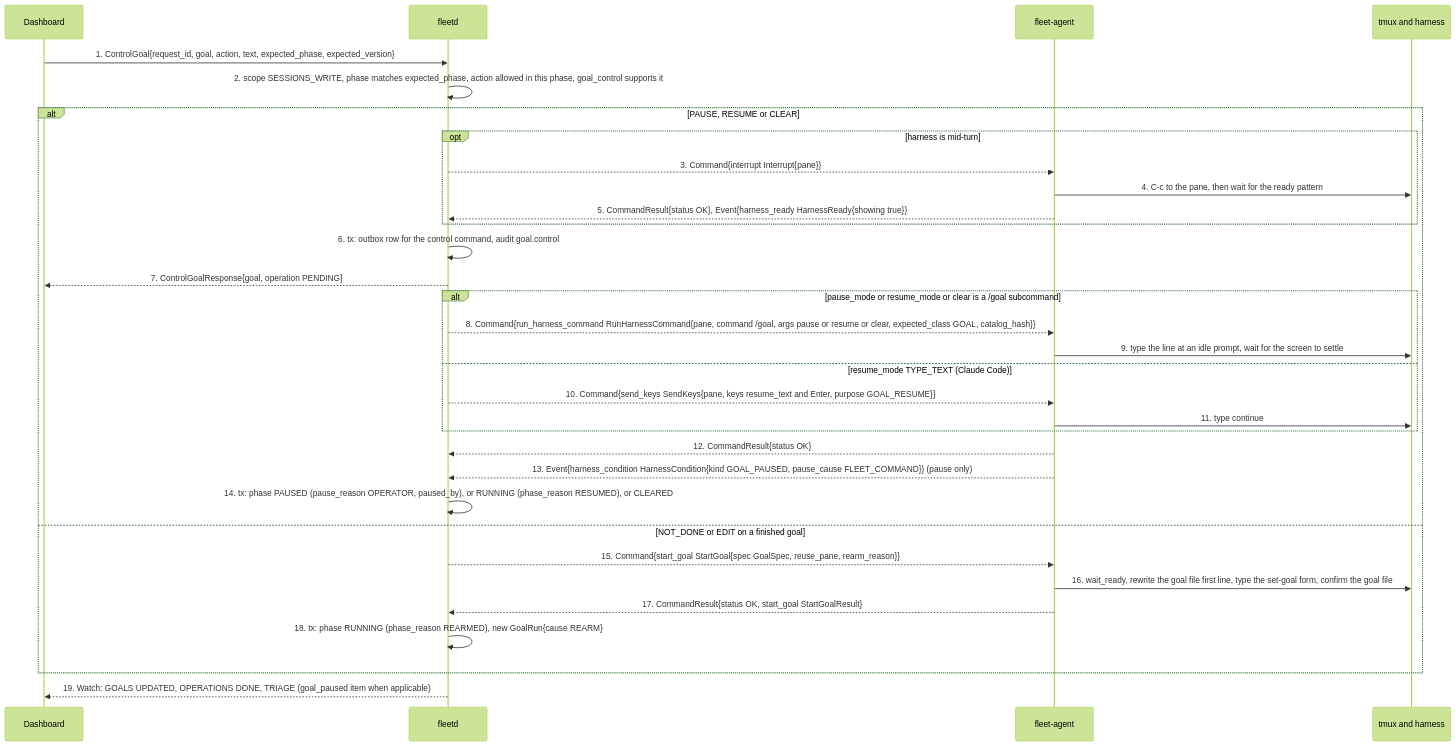
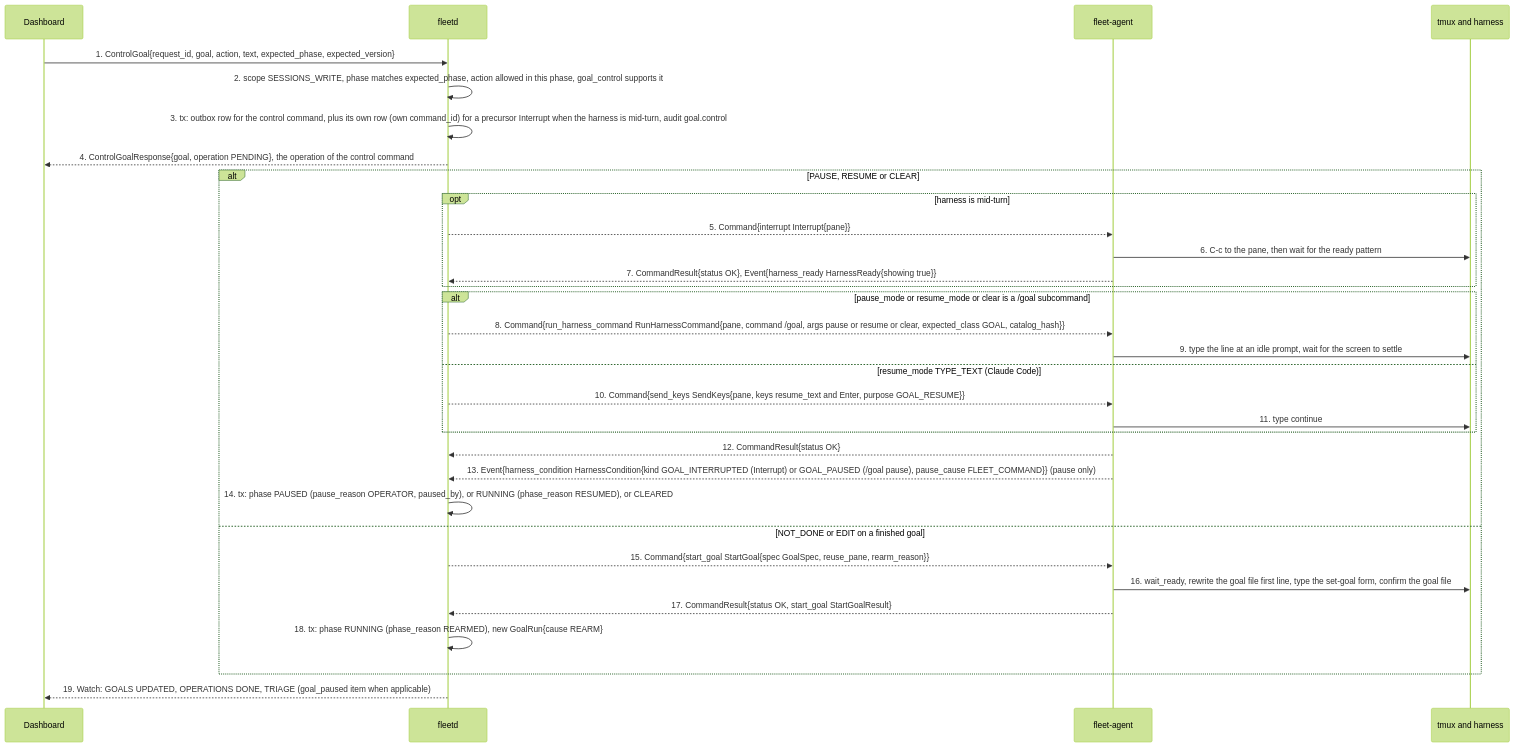
One commit to linuxdynasty/fleet-board changed the first of 5 diagrams in docs/flows/dashboard-hub-agent-3.md. Above: the diagram before and after it, drawn with Mermaid (forest theme). The commit also changed other lines of this file and 48 other files, not shown here.

````diff
--- a/docs/flows/dashboard-hub-agent-3.md
+++ b/docs/flows/dashboard-hub-agent-3.md
@@ -31,34 +31,34 @@
 ```mermaid
 sequenceDiagram
   participant D as Dashboard
   participant H as fleetd
   participant A as fleet-agent
   participant T as tmux and harness
   D->>H: 1. ControlGoal{request_id, goal, action, text, expected_phase, expected_version}
   H->>H: 2. scope SESSIONS_WRITE, phase matches expected_phase, action allowed in this phase, goal_control supports it
+  H->>H: 3. tx: outbox row for the control command, plus its own row (own command_id) for a precursor Interrupt when the harness is mid-turn, audit goal.control
+  H-->>D: 4. ControlGoalResponse{goal, operation PENDING}, the operation of the control command
   alt PAUSE, RESUME or CLEAR
     opt harness is mid-turn
-      H-->>A: 3. Command{interrupt Interrupt{pane}}
-      A->>T: 4. C-c to the pane, then wait for the ready pattern
-      A-->>H: 5. CommandResult{status OK}, Event{harness_ready HarnessReady{showing true}}
+      H-->>A: 5. Command{interrupt Interrupt{pane}}
+      A->>T: 6. C-c to the pane, then wait for the ready pattern
+      A-->>H: 7. CommandResult{status OK}, Event{harness_ready HarnessReady{showing true}}
     end
-    H->>H: 6. tx: outbox row for the control command, audit goal.control
-    H-->>D: 7. ControlGoalResponse{goal, operation PENDING}
     alt pause_mode or resume_mode or clear is a /goal subcommand
       H-->>A: 8. Command{run_harness_command RunHarnessCommand{pane, command /goal, args pause or resume or clear, expected_class GOAL, catalog_hash}}
       A->>T: 9. type the line at an idle prompt, wait for the screen to settle
     else resume_mode TYPE_TEXT (Claude Code)
       H-->>A: 10. Command{send_keys SendKeys{pane, keys resume_text and Enter, purpose GOAL_RESUME}}
       A->>T: 11. type continue
     end
     A-->>H: 12. CommandResult{status OK}
-    A-->>H: 13. Event{harness_condition HarnessCondition{kind GOAL_PAUSED, pause_cause FLEET_COMMAND}} (pause only)
+    A-->>H: 13. Event{harness_condition HarnessCondition{kind GOAL_INTERRUPTED (Interrupt) or GOAL_PAUSED (/goal pause), pause_cause FLEET_COMMAND}} (pause only)
     H->>H: 14. tx: phase PAUSED (pause_reason OPERATOR, paused_by), or RUNNING (phase_reason RESUMED), or CLEARED
   else NOT_DONE or EDIT on a finished goal
     H-->>A: 15. Command{start_goal StartGoal{spec GoalSpec, reuse_pane, rearm_reason}}
     A->>T: 16. wait_ready, rewrite the goal file first line, type the set-goal form, confirm the goal file
     A-->>H: 17. CommandResult{status OK, start_goal StartGoalResult}
     H->>H: 18. tx: phase RUNNING (phase_reason REARMED), new GoalRun{cause REARM}
   end
   H-->>D: 19. Watch: GOALS UPDATED, OPERATIONS DONE, TRIAGE (goal_paused item when applicable)
 ```
````
